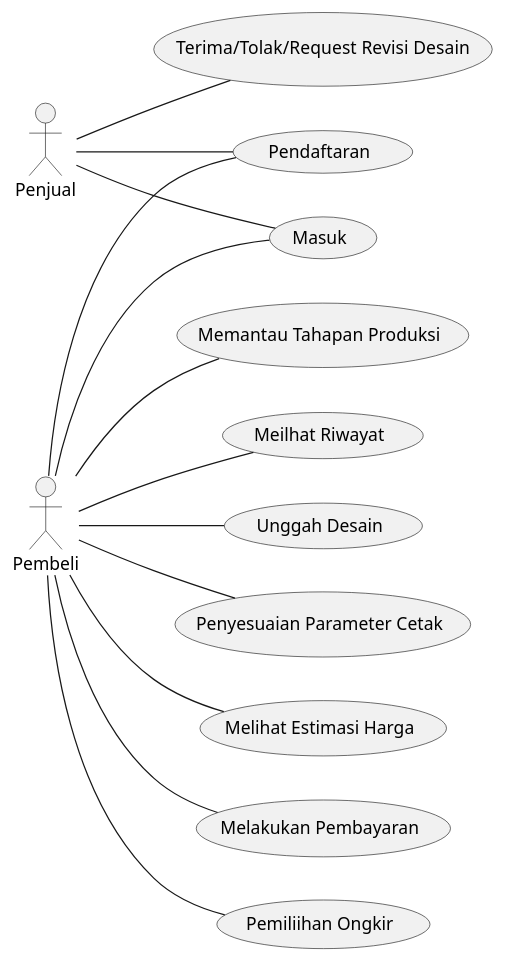
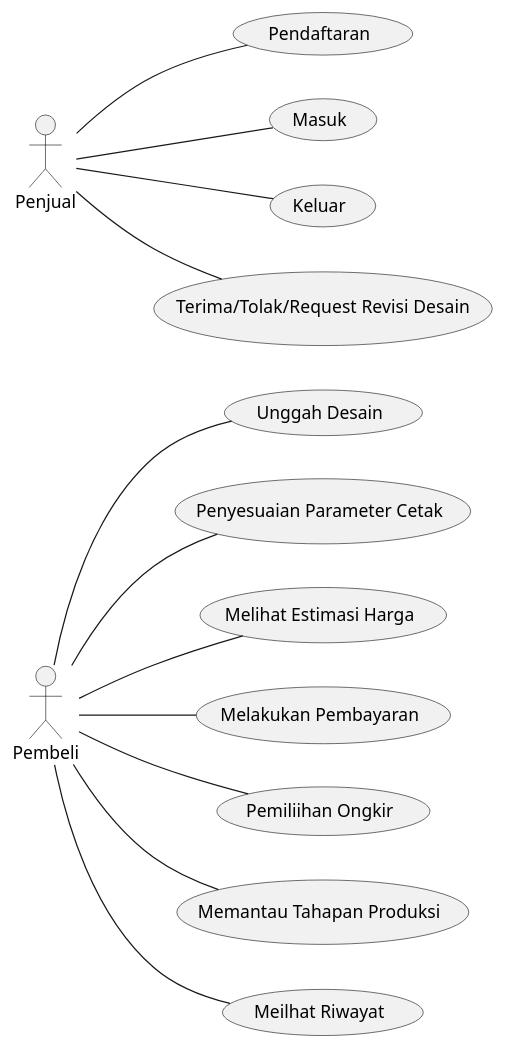
One commit to stnDinus/skpl-rkpl-diagrams changed the diagram in use_case.puml. Above: the diagram before and after it, drawn with PlantUML.

Commit message:
feat: signout use case

```diff
--- a/use_case.puml
+++ b/use_case.puml
@@ -1,31 +1,31 @@
 @startuml
 left to right direction
 
 actor Pembeli as buyer
 actor Penjual as seller
 
 (Pendaftaran) as signup
 (Masuk) as signin
+(Keluar) as signout
 (Unggah Desain) as upload_design
 (Penyesuaian Parameter Cetak) as set_print_parameters
 (Melihat Estimasi Harga) as check_est_price
 (Terima/Tolak/Request Revisi Desain) as acc_design
 (Melakukan Pembayaran) as transact
 (Pemiliihan Ongkir) as set_shipping
 (Memantau Tahapan Produksi) as inspect_production
 (Meilhat Riwayat) as check_history
 
 seller -- signup
 seller -- signin
-buyer -- signup
-buyer -- signin
+seller -- signout
 buyer -- upload_design
 buyer -- set_print_parameters
 buyer -- check_est_price
 seller -- acc_design
 buyer -- set_shipping
 buyer -- transact
 buyer -- inspect_production
 buyer -- check_history
 
 @enduml
```
